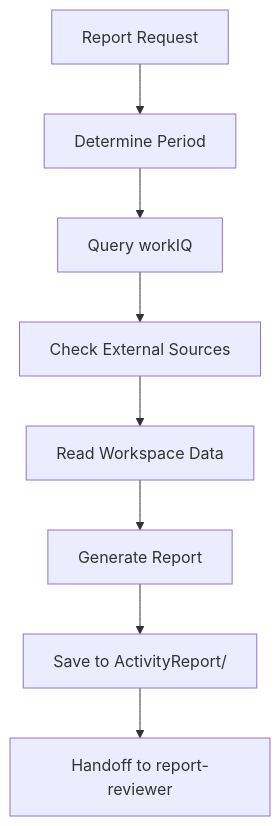
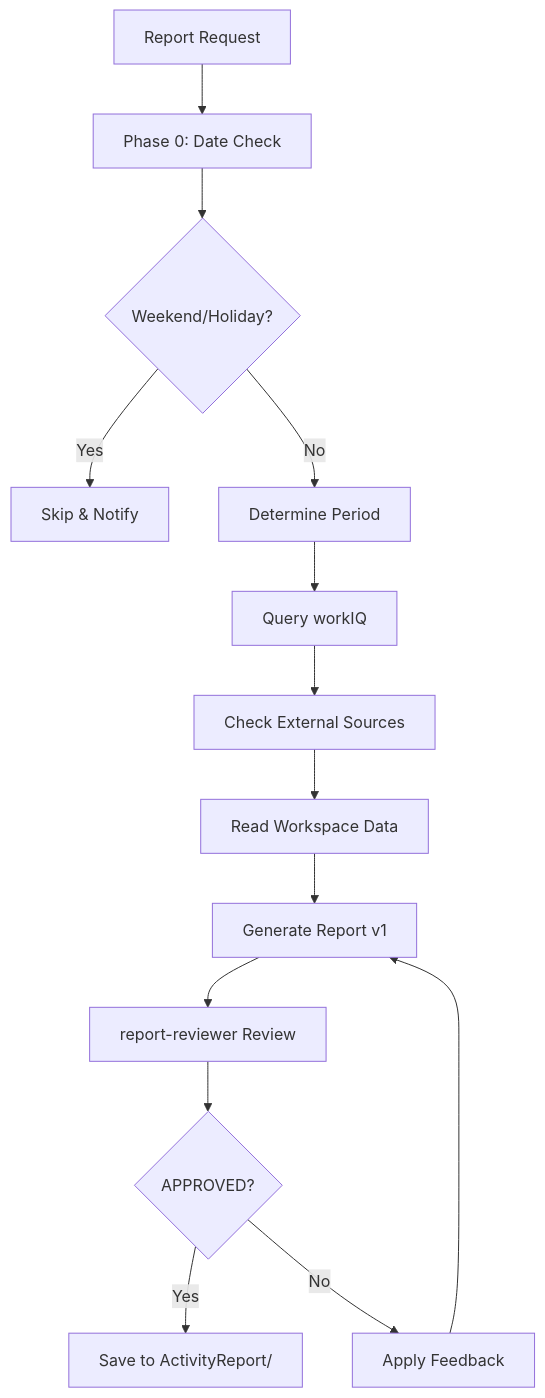
The diagram in biz-ops-setup/assets/agents/report-generator.agent.template.md (aktsmm/Agent-Skills), drawn with Mermaid before and after one commit. The commit also changed other lines of this file and 8 other files, not shown here.

````diff
--- a/biz-ops-setup/assets/agents/report-generator.agent.template.md
+++ b/biz-ops-setup/assets/agents/report-generator.agent.template.md
@@ -152,10 +214,16 @@
 ```mermaid
 graph TD
-    A[Report Request] --> B[Determine Period]
+    A[Report Request] --> A1[Phase 0: Date Check]
+    A1 --> A2{Weekend/Holiday?}
+    A2 -->|Yes| A3[Skip & Notify]
+    A2 -->|No| B[Determine Period]
     B --> C[Query workIQ]
     C --> D[Check External Sources]
     D --> E[Read Workspace Data]
-    E --> F[Generate Report]
-    F --> G[Save to ActivityReport/]
-    G --> H[Handoff to report-reviewer]
+    E --> F[Generate Report v1]
+    F --> G[report-reviewer Review]
+    G --> H{APPROVED?}
+    H -->|Yes| I[Save to ActivityReport/]
+    H -->|No| J[Apply Feedback]
+    J --> F
 ```
````
